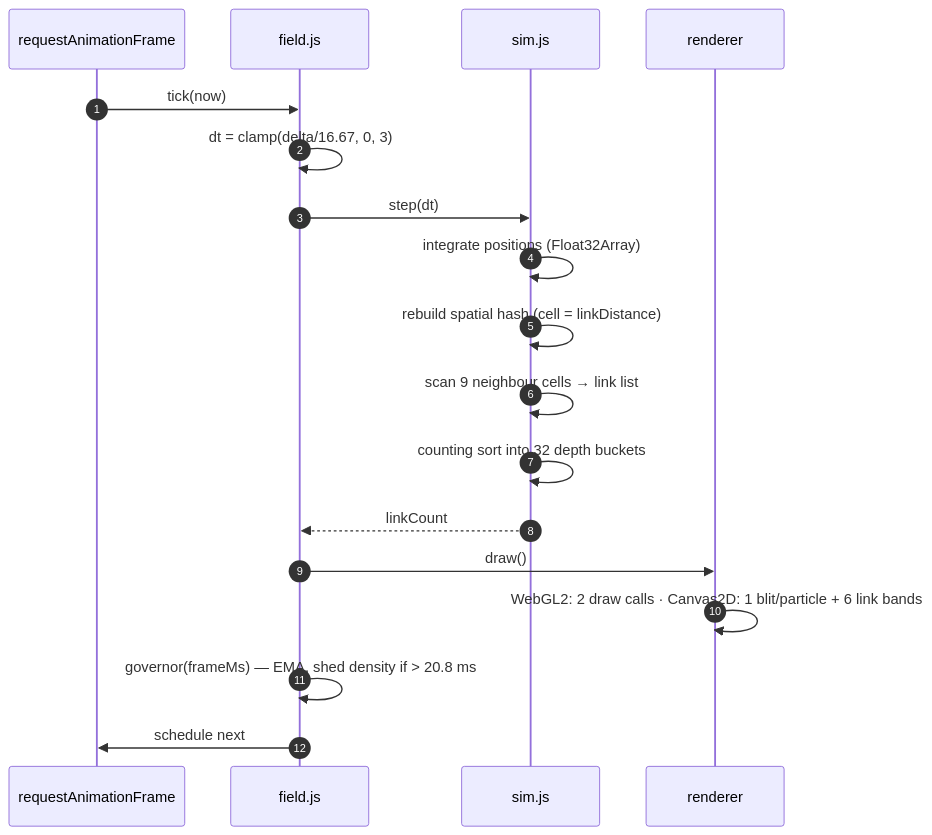
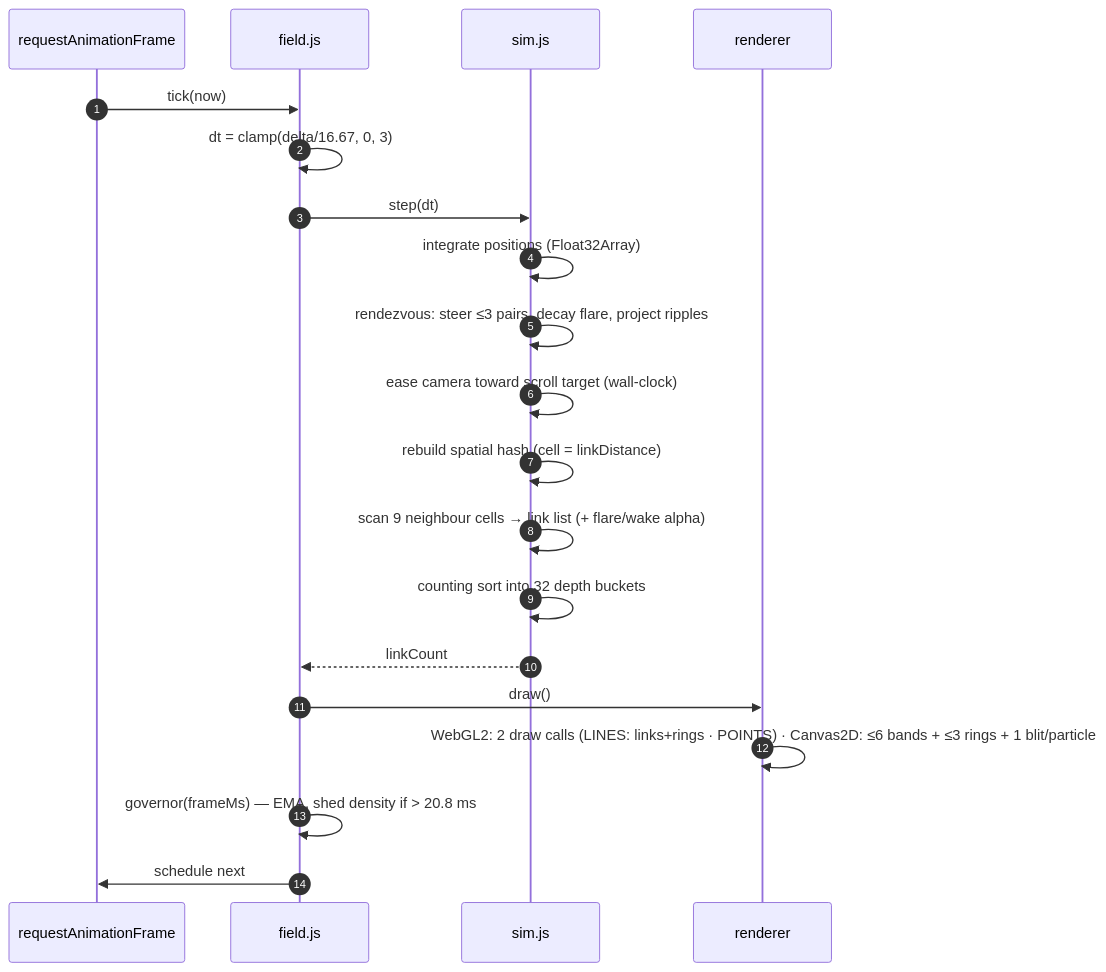
One commit to YASLOGIST/urlf-up changed the seventh of 7 diagrams in docs/ARCHITECTURE.md. Above: the diagram before and after it, drawn with Mermaid. The commit also changed other lines of this file and 13 other files, not shown here.

First line of the commit message:
Ambient field: stage the brand promise — rendezvous, depth, parallax, wake

````diff
--- a/docs/ARCHITECTURE.md
+++ b/docs/ARCHITECTURE.md
@@ -400,21 +413,23 @@
 ```mermaid
 sequenceDiagram
     autonumber
     participant RAF as requestAnimationFrame
     participant FD as field.js
     participant SIM as sim.js
     participant R as renderer
 
     RAF->>FD: tick(now)
     FD->>FD: dt = clamp(delta/16.67, 0, 3)
     FD->>SIM: step(dt)
     SIM->>SIM: integrate positions (Float32Array)
+    SIM->>SIM: rendezvous: steer ≤3 pairs, decay flare, project ripples
+    SIM->>SIM: ease camera toward scroll target (wall-clock)
     SIM->>SIM: rebuild spatial hash (cell = linkDistance)
-    SIM->>SIM: scan 9 neighbour cells → link list
+    SIM->>SIM: scan 9 neighbour cells → link list (+ flare/wake alpha)
     SIM->>SIM: counting sort into 32 depth buckets
     SIM-->>FD: linkCount
     FD->>R: draw()
-    R->>R: WebGL2: 2 draw calls · Canvas2D: 1 blit/particle + 6 link bands
+    R->>R: WebGL2: 2 draw calls (LINES: links+rings · POINTS) · Canvas2D: ≤6 bands + ≤3 rings + 1 blit/particle
     FD->>FD: governor(frameMs) — EMA, shed density if > 20.8 ms
     FD->>RAF: schedule next
 ```
````
